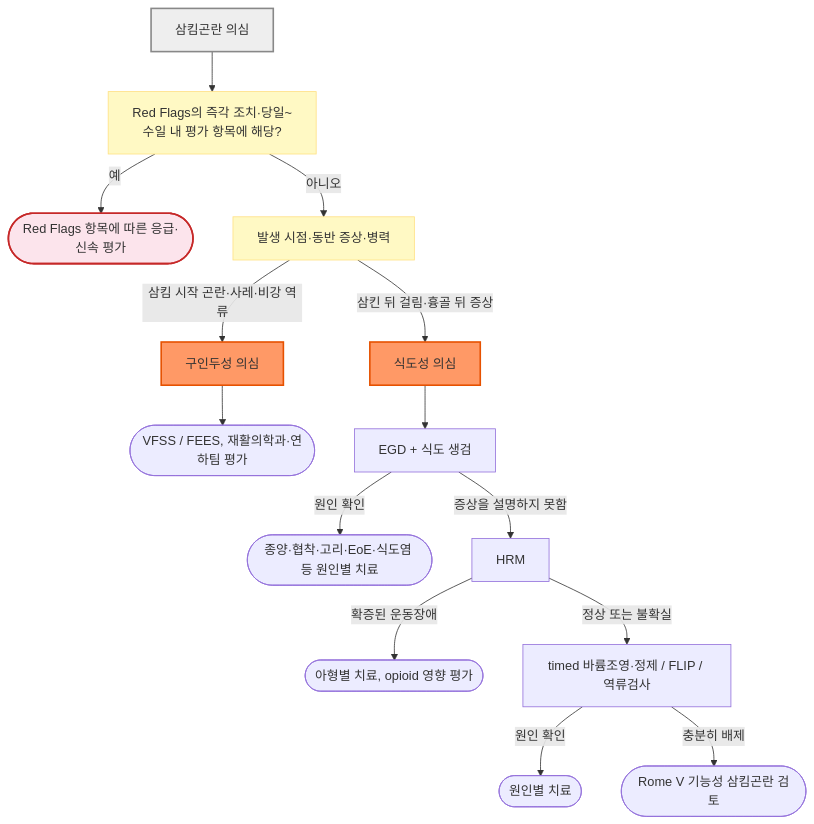
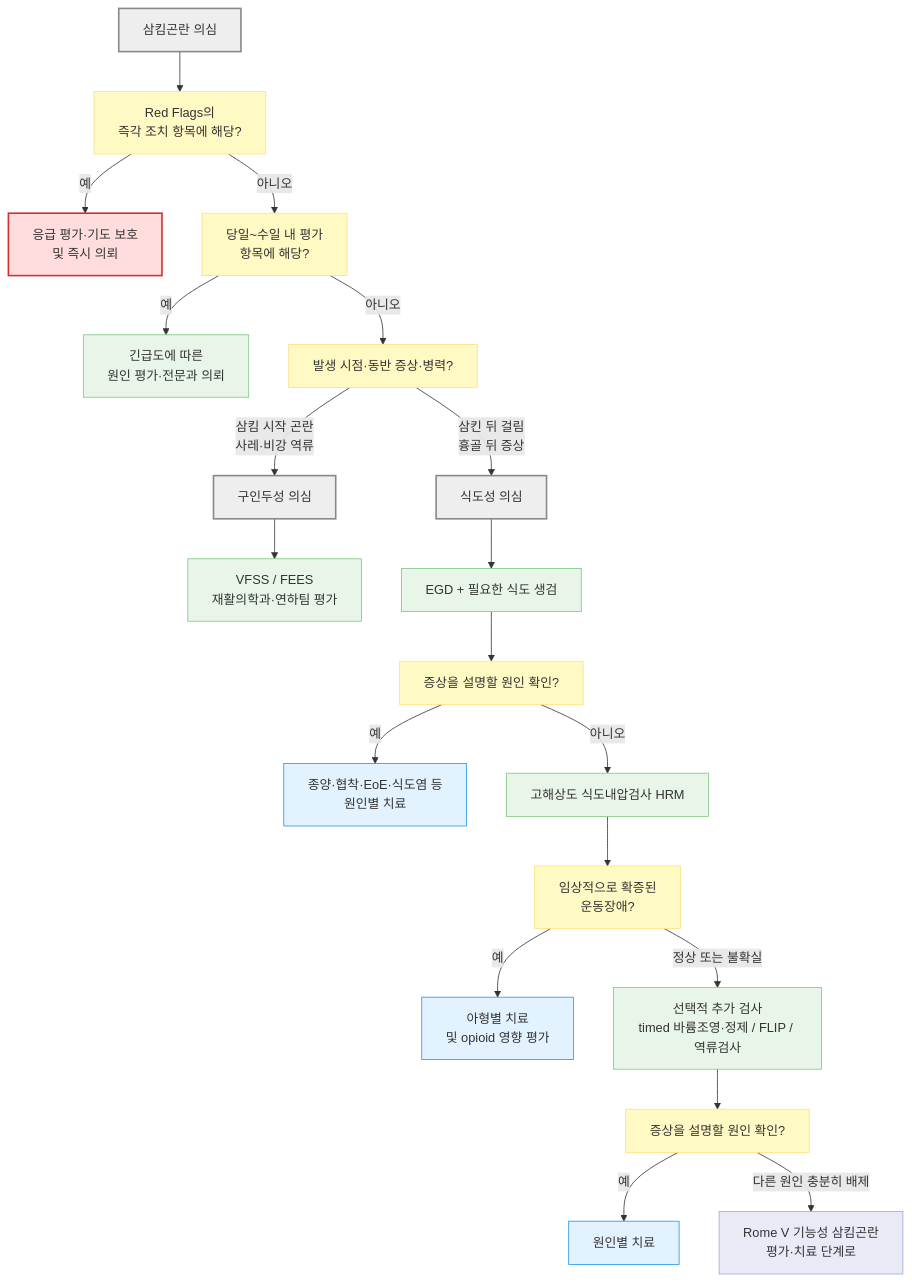
The diagram in 224_/077_-dysphagia.md (familyoh77/familyoh77), drawn with Mermaid before and after one commit. The commit also changed other lines of this file and 5 other files, not shown here.

````diff
--- a/224_/077_-dysphagia.md
+++ b/224_/077_-dysphagia.md
@@ -201,23 +201,32 @@
 ```mermaid
 flowchart TD
-    A["삼킴곤란 의심"] --> B["Red Flags의 즉각 조치·당일~수일 내 평가 항목에 해당?"]
-    B -- "예" --> C(["Red Flags 항목에 따른 응급·신속 평가"])
-    B -- "아니오" --> D["발생 시점·동반 증상·병력"]
-    D -- "삼킴 시작 곤란·사레·비강 역류" --> E["구인두성 의심"]
-    D -- "삼킨 뒤 걸림·흉골 뒤 증상" --> F["식도성 의심"]
-    E --> H(["VFSS / FEES, 재활의학과·연하팀 평가"])
-    F --> J["EGD + 식도 생검"]
-    J -- "원인 확인" --> K(["종양·협착·고리·EoE·식도염 등 원인별 치료"])
-    J -- "증상을 설명하지 못함" --> L["HRM"]
-    L -- "확증된 운동장애" --> M(["아형별 치료, opioid 영향 평가"])
-    L -- "정상 또는 불확실" --> N["timed 바륨조영·정제 / FLIP / 역류검사"]
-    N -- "원인 확인" --> P(["원인별 치료"])
-    N -- "충분히 배제" --> Q(["Rome V 기능성 삼킴곤란 검토"])
-
+    A["삼킴곤란 의심"] --> B["Red Flags의<br/>즉각 조치 항목에 해당?"]
+    B -- "예" --> C["응급 평가·기도 보호<br/>및 즉시 의뢰"]
+    B -- "아니오" --> R["당일~수일 내 평가<br/>항목에 해당?"]
+    R -- "예" --> S["긴급도에 따른<br/>원인 평가·전문과 의뢰"]
+    R -- "아니오" --> D["발생 시점·동반 증상·병력?"]
+    D -- "삼킴 시작 곤란<br/>사레·비강 역류" --> E["구인두성 의심"]
+    D -- "삼킨 뒤 걸림<br/>흉골 뒤 증상" --> F["식도성 의심"]
+    E --> H["VFSS / FEES<br/>재활의학과·연하팀 평가"]
+    F --> J["EGD + 필요한 식도 생검"]
+    J --> JQ["증상을 설명할 원인 확인?"]
+    JQ -- "예" --> K["종양·협착·EoE·식도염 등<br/>원인별 치료"]
+    JQ -- "아니오" --> L["고해상도 식도내압검사 HRM"]
+    L --> LQ["임상적으로 확증된<br/>운동장애?"]
+    LQ -- "예" --> M["아형별 치료<br/>및 opioid 영향 평가"]
+    LQ -- "정상 또는 불확실" --> N["선택적 추가 검사<br/>timed 바륨조영·정제 / FLIP / 역류검사"]
+    N --> NQ["증상을 설명할 원인 확인?"]
+    NQ -- "예" --> P["원인별 치료"]
+    NQ -- "다른 원인 충분히 배제" --> Q["Rome V 기능성 삼킴곤란<br/>평가·치료 단계로"]
+    classDef neutral fill:#eeeeee,stroke:#888888,stroke-width:2px
     classDef question fill:#fff9c4,stroke:#ffe082
-    class B,D question
-    style A fill:#eeeeee,stroke:#888888,stroke-width:2px
-    style C fill:#fce4ec,stroke:#c62828,stroke-width:2px
-    style E fill:#f96,stroke:#e65100,stroke-width:2px
-    style F fill:#f96,stroke:#e65100,stroke-width:2px
+    classDef test fill:#e8f5e9,stroke:#81c784
+    classDef treatment fill:#e3f2ff,stroke:#2196f3
+    classDef next fill:#e8eaf6,stroke:#9fa8da
+    class A,E,F neutral
+    class B,R,D,JQ,LQ,NQ question
+    class S,H,J,L,N test
+    class K,M,P treatment
+    class Q next
+    style C fill:#ffdddd,stroke:#d32f2f,stroke-width:2px
 ```
````
